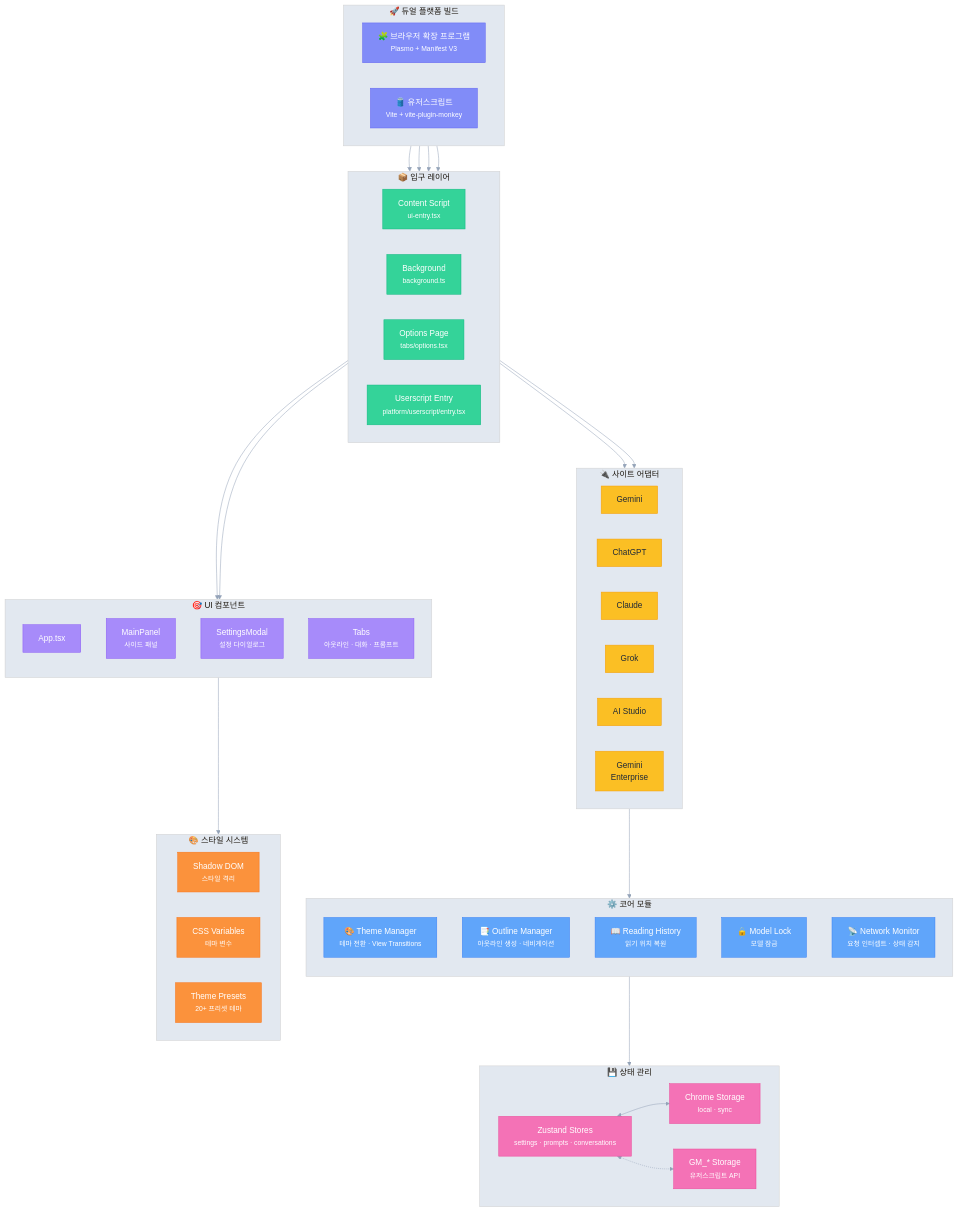
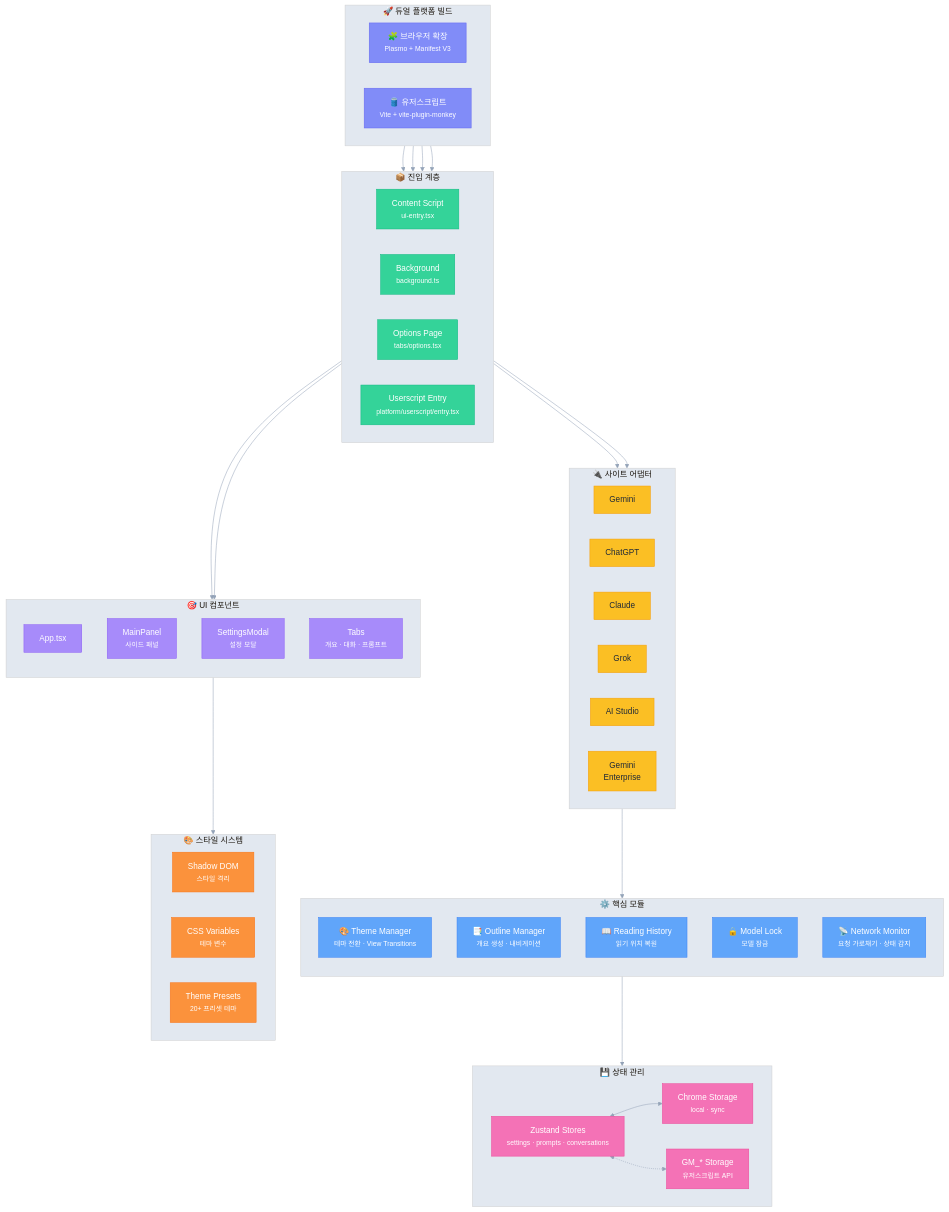
The diagram in .github/readmes/README_ko.md (urzeye/ophel), drawn with Mermaid before and after one commit. The commit also changed other lines of this file and 7 other files, not shown here.

```diff
--- a/.github/readmes/README_ko.md
+++ b/.github/readmes/README_ko.md
@@ -79,11 +148,11 @@
 flowchart TB
     subgraph Platforms["🚀 듀얼 플랫폼 빌드"]
         direction LR
-        EXT["🧩 브라우저 확장 프로그램<br/><small>Plasmo + Manifest V3</small>"]
+        EXT["🧩 브라우저 확장<br/><small>Plasmo + Manifest V3</small>"]
         US["🛢️ 유저스크립트<br/><small>Vite + vite-plugin-monkey</small>"]
     end
 
-    subgraph Entry["📦 입구 레이어"]
+    subgraph Entry["📦 진입 계층"]
         direction LR
         CE["Content Script<br/><small>ui-entry.tsx</small>"]
         BG["Background<br/><small>background.ts</small>"]
@@ -101,13 +170,13 @@
         GEE["Gemini<br/>Enterprise"]
     end
 
-    subgraph Core["⚙️ 코어 모듈"]
+    subgraph Core["⚙️ 핵심 모듈"]
         direction TB
         TM["🎨 Theme Manager<br/><small>테마 전환 · View Transitions</small>"]
-        OM["📑 Outline Manager<br/><small>아웃라인 생성 · 네비게이션</small>"]
+        OM["📑 Outline Manager<br/><small>개요 생성 · 내비게이션</small>"]
         RH["📖 Reading History<br/><small>읽기 위치 복원</small>"]
         ML["🔒 Model Lock<br/><small>모델 잠금</small>"]
-        NM["📡 Network Monitor<br/><small>요청 인터셉트 · 상태 감지</small>"]
+        NM["📡 Network Monitor<br/><small>요청 가로채기 · 상태 감지</small>"]
     end
 
     subgraph State["💾 상태 관리"]
@@ -121,8 +190,8 @@
         direction TB
         APP["App.tsx"]
         MP["MainPanel<br/><small>사이드 패널</small>"]
-        SM["SettingsModal<br/><small>설정 다이얼로그</small>"]
-        TABS["Tabs<br/><small>아웃라인 · 대화 · 프롬프트</small>"]
+        SM["SettingsModal<br/><small>설정 모달</small>"]
+        TABS["Tabs<br/><small>개요 · 대화 · 프롬프트</small>"]
     end
 
     subgraph CSS["🎨 스타일 시스템"]
@@ -132,18 +201,24 @@
         TH["Theme Presets<br/><small>20+ 프리셋 테마</small>"]
     end
 
+    %% Connections
     EXT --> CE & BG & OPT
     US --> USE
+
     CE --> Adapters
     USE --> Adapters
+
     Adapters --> Core
     Core --> State
+
     CE --> UI
     USE --> UI
     UI --> CSS
+
     ZS <--> CS
     ZS <-.-> GM
 
+    %% Styles
     classDef platform fill:#818cf8,stroke:#6366f1,color:#fff
     classDef entry fill:#34d399,stroke:#10b981,color:#fff
     classDef adapter fill:#fbbf24,stroke:#f59e0b,color:#1f2937
```
